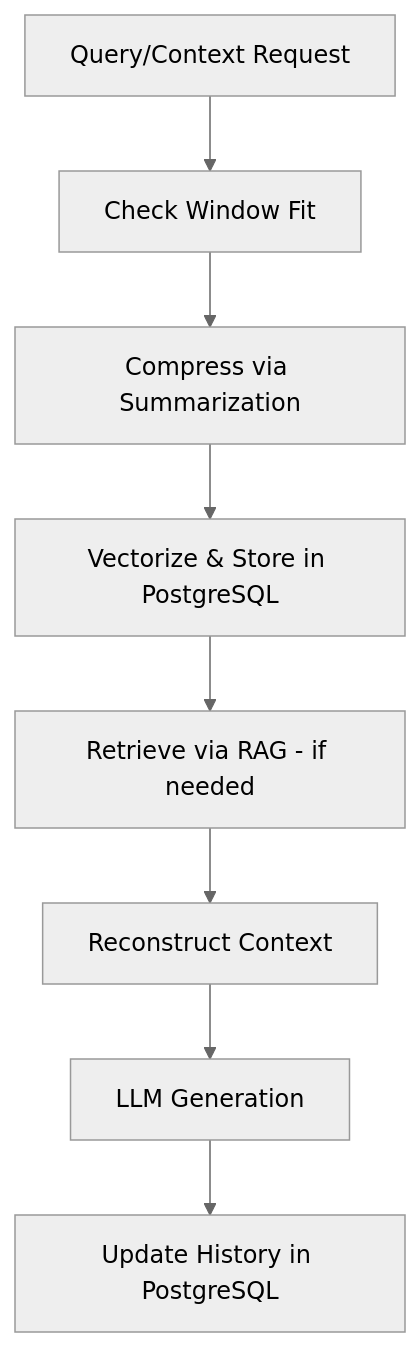
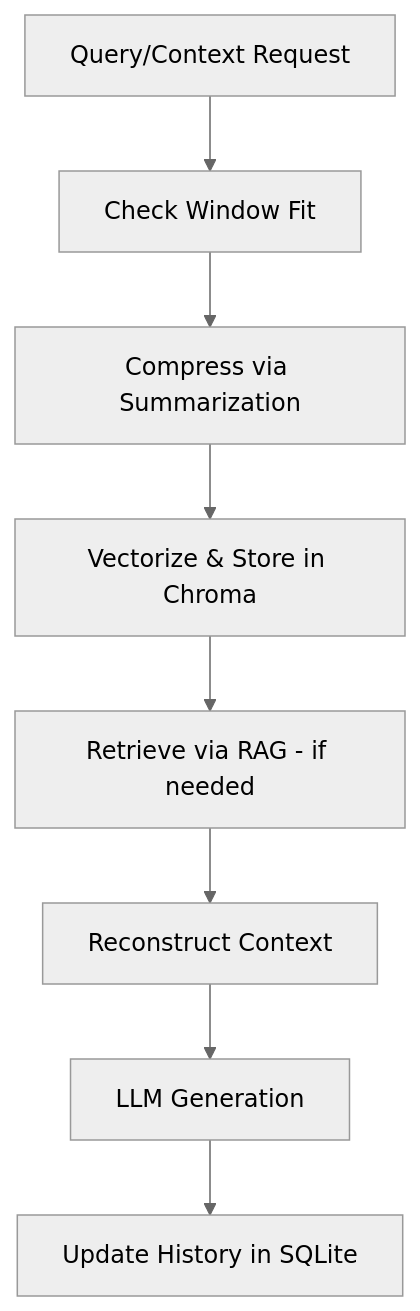
The third of 3 diagrams in CONTEXT_PRD.md (raqkaaq/ArxivResearchAgent), drawn with Mermaid (neutral theme) before and after one commit. The commit also changed other lines of this file and 9 other files, not shown here.

````diff
--- a/CONTEXT_PRD.md
+++ b/CONTEXT_PRD.md
@@ -67,10 +67,10 @@
 ```mermaid
 flowchart TD
     A[Query/Context Request] --> B[Check Window Fit]
     B --> C[Compress via Summarization]
-    C --> D[Vectorize & Store in PostgreSQL]
+    C --> D[Vectorize & Store in Chroma]
     D --> E[Retrieve via RAG - if needed]
     E --> F[Reconstruct Context]
     F --> G[LLM Generation]
-    G --> H[Update History in PostgreSQL]
+    G --> H[Update History in SQLite]
 ```
````
